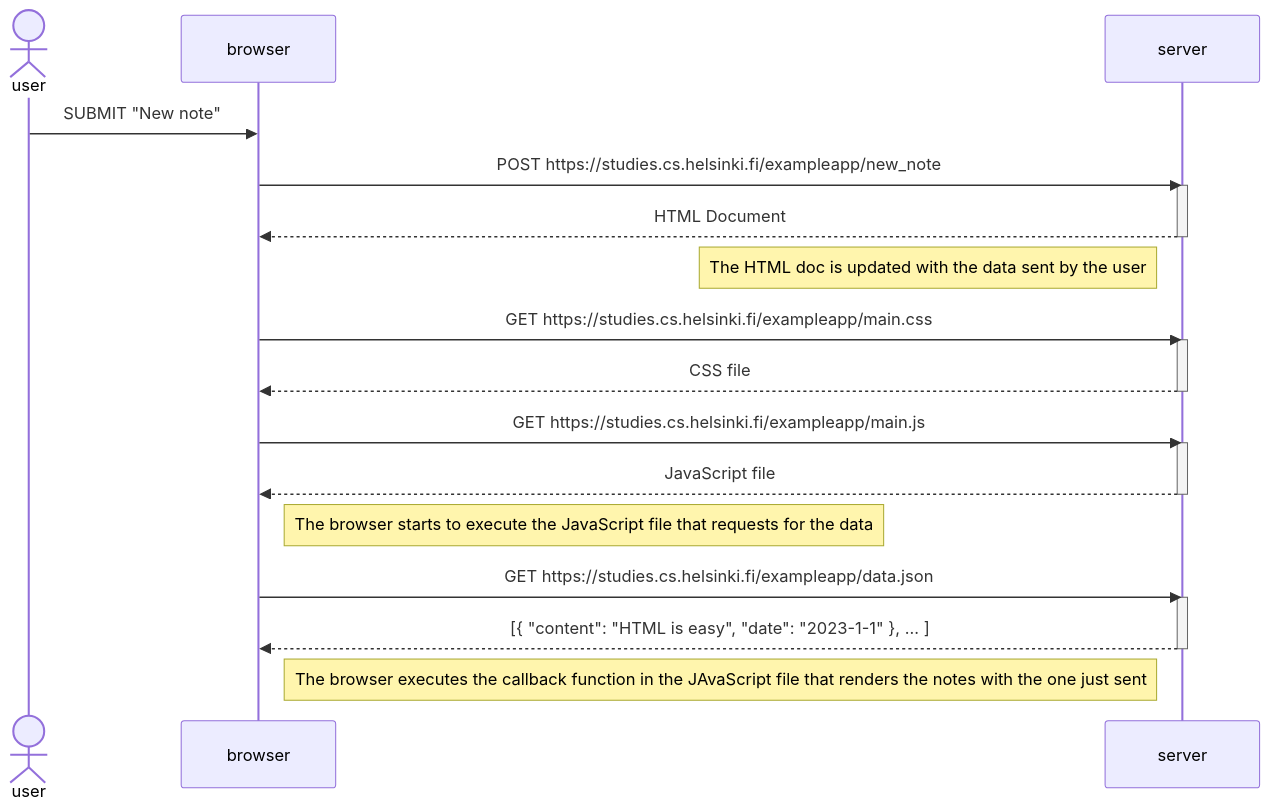
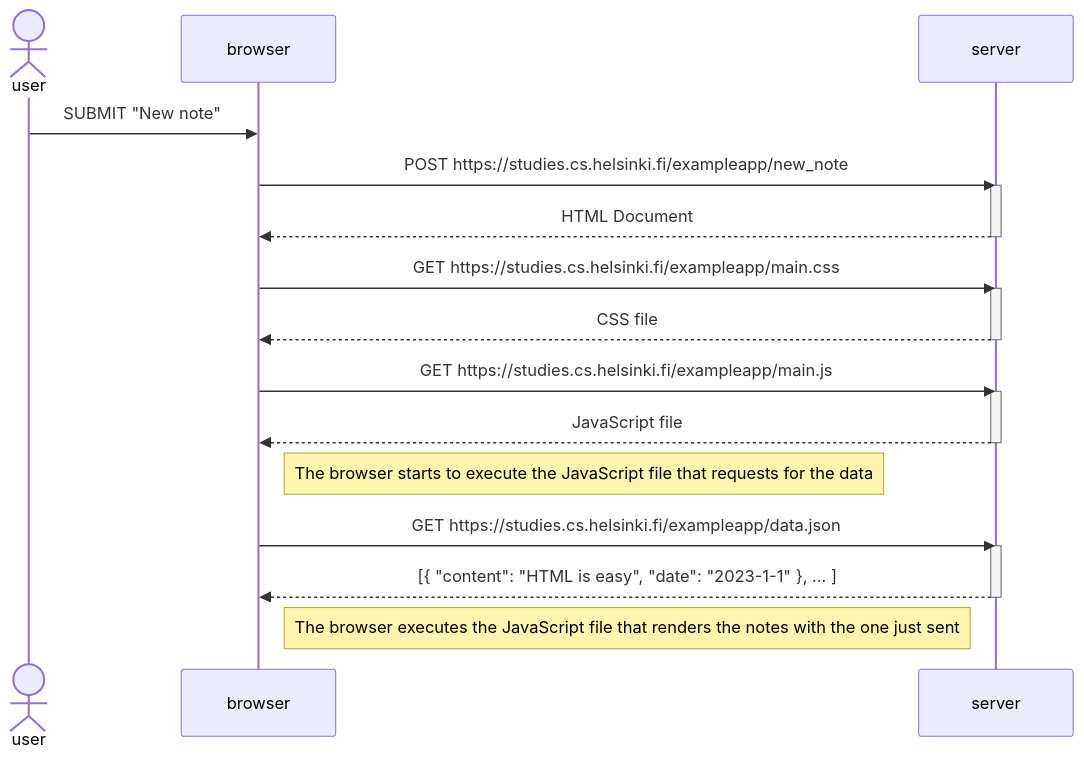
The diagram in part0/0.4-New note diagram.md (tomascarrizodev/fullstack-open), drawn with Mermaid before and after one commit.

Commit message:
Updating exercise 0.4

````diff
--- a/part0/0.4-New note diagram.md
+++ b/part0/0.4-New note diagram.md
@@ -2,33 +2,31 @@
 ```mermaid
         sequenceDiagram
                 actor user
                 participant browser
                 participant server
 
                 user->>browser: SUBMIT "New note"
                 browser->>server: POST https://studies.cs.helsinki.fi/exampleapp/new_note
                 activate server
                 server-->>browser: HTML Document
                 deactivate server
-
-                Note left of server: The HTML doc is updated with the data sent by the user
 
                 browser->>server: GET https://studies.cs.helsinki.fi/exampleapp/main.css
                 activate server
                 server-->>browser: CSS file
                 deactivate server
 
                 browser->>server: GET https://studies.cs.helsinki.fi/exampleapp/main.js
                 activate server
                 server-->>browser: JavaScript file
                 deactivate server
 
                 Note right of browser: The browser starts to execute the JavaScript file that requests for the data
 
                 browser->>server: GET https://studies.cs.helsinki.fi/exampleapp/data.json
                 activate server
                 server-->>browser: [{ "content": "HTML is easy", "date": "2023-1-1" }, ... ]
                 deactivate server
 
-                Note right of browser: The browser executes the callback function in the JAvaScript file that renders the notes with the one just sent
+                Note right of browser: The browser executes the JavaScript file that renders the notes with the one just sent
 ```
````
